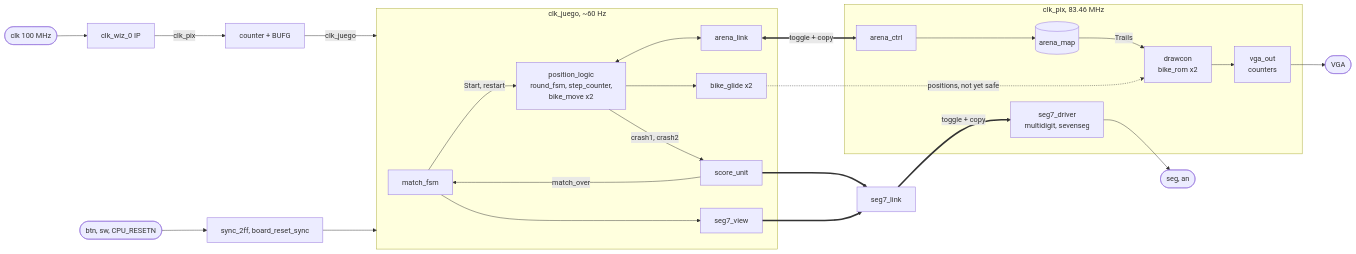
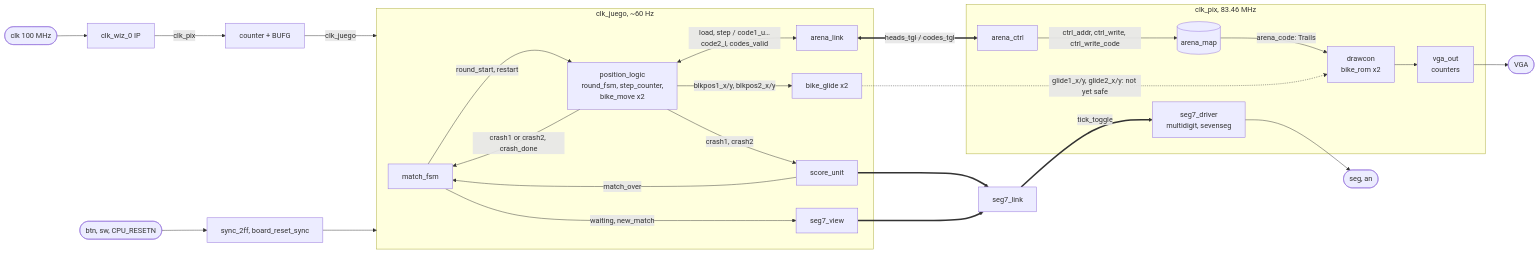
Before and after one commit to romanmg00/FPGA: the diagram in proyecto_final/README.md, drawn with Mermaid. The commit also changed other lines of this file and 2 other files, not shown here.

Commit message:
README: label the block diagram with the renamed signals; arena code comments
The Mermaid arrows name the signals in game_top, the crossings table names heads_tgl, codes_tgl and tick_toggle, and Vivado's game_top schematic is shown with the other two pages. arena_map and arena_ctrl gain comments on the Cell codes.

````diff
--- a/proyecto_final/README.md
+++ b/proyecto_final/README.md
@@ -25,30 +25,31 @@
 ```mermaid
 flowchart LR
     clk([clk 100 MHz]) --> wiz[clk_wiz_0 IP]
     wiz -->|clk_pix| cnt[counter + BUFG]
     cnt -->|clk_juego| J
     pins([btn, sw, CPU_RESETN]) --> sync[sync_2ff, board_reset_sync]
     sync --> J
     subgraph J [clk_juego, ~60 Hz]
-        mf[match_fsm] -->|Start, restart| pl[position_logic<br/>round_fsm, step_counter,<br/>bike_move x2]
+        mf[match_fsm] -->|round_start, restart| pl[position_logic<br/>round_fsm, step_counter,<br/>bike_move x2]
         pl -->|crash1, crash2| su[score_unit]
+        pl -->|crash1 or crash2, crash_done| mf
         su -->|match_over| mf
-        pl --> gl[bike_glide x2]
-        mf --> sv[seg7_view]
+        pl -->|blkpos1_x/y, blkpos2_x/y| gl[bike_glide x2]
+        mf -->|waiting, new_match| sv[seg7_view]
         al[arena_link]
-        pl <--> al
+        pl <-->|load, step / code1_u…code2_l, codes_valid| al
     end
     subgraph P [clk_pix, 83.46 MHz]
-        ac[arena_ctrl] --> am[(arena_map)]
-        am -->|Trails| dc[drawcon<br/>bike_rom x2]
+        ac[arena_ctrl] -->|ctrl_addr, ctrl_write, ctrl_write_code| am[(arena_map)]
+        am -->|arena_code: Trails| dc[drawcon<br/>bike_rom x2]
         dc --> vo[vga_out<br/>counters]
         sd[seg7_driver<br/>multidigit, sevenseg]
     end
-    al <==>|toggle + copy| ac
+    al <==>|heads_tgl / codes_tgl| ac
     su ==> sl[seg7_link]
     sv ==> sl
-    sl ==>|toggle + copy| sd
-    gl -.->|positions, not yet safe| dc
+    sl ==>|tick_toggle| sd
+    gl -.->|glide1_x/y, glide2_x/y: not yet safe| dc
     vo --> vga([VGA])
     sd --> seg([seg, an])
 ```
````
